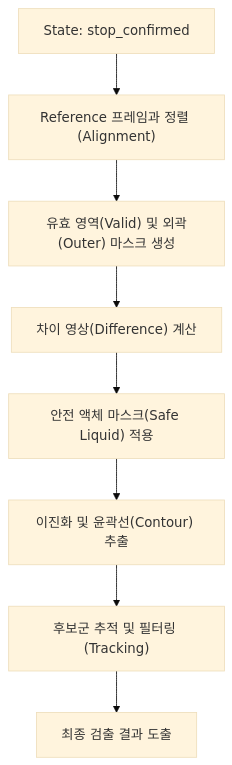
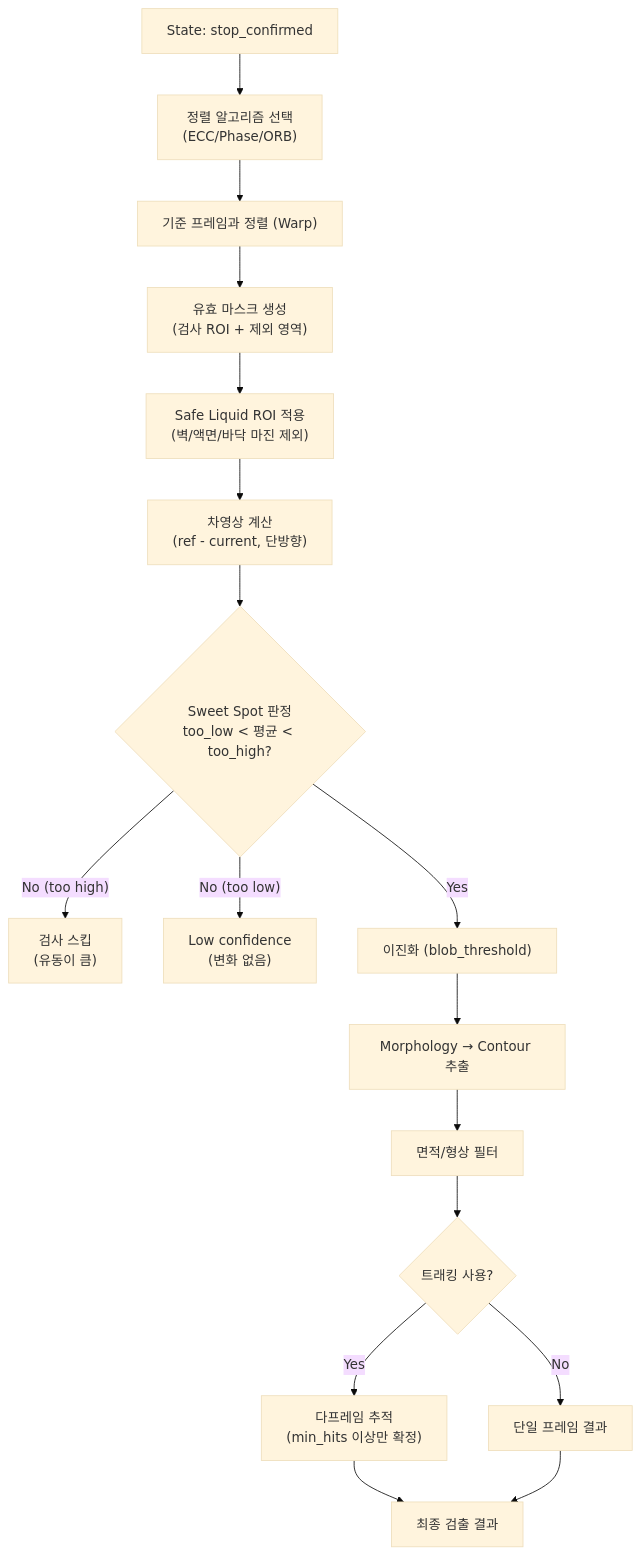
The second of 3 diagrams in ForeignBody Insp/Review/Main_Window_UI_Description.md (IshNar/ObsidianGitTest), drawn with Mermaid (base theme) before and after one commit. The commit also changed other lines of this file and 5 other files, not shown here.

````diff
--- a/ForeignBody Insp/Review/Main_Window_UI_Description.md
+++ b/ForeignBody Insp/Review/Main_Window_UI_Description.md
@@ -203,10 +214,19 @@
 ```mermaid
 graph TD
-    A["State: stop_confirmed"] --> B["Reference 프레임과 정렬 (Alignment)"]
-    B --> C["유효 영역(Valid) 및 외곽(Outer) 마스크 생성"]
-    C --> D["차이 영상(Difference) 계산"]
-    D --> E["안전 액체 마스크(Safe Liquid) 적용"]
-    E --> F["이진화 및 윤곽선(Contour) 추출"]
-    F --> G["후보군 추적 및 필터링 (Tracking)"]
-    G --> H["최종 검출 결과 도출"]
+    A["State: stop_confirmed"] --> B["정렬 알고리즘 선택<br/>(ECC/Phase/ORB)"]
+    B --> C["기준 프레임과 정렬 (Warp)"]
+    C --> D["유효 마스크 생성<br/>(검사 ROI + 제외 영역)"]
+    D --> E["Safe Liquid ROI 적용<br/>(벽/액면/바닥 마진 제외)"]
+    E --> F["차영상 계산<br/>(ref - current, 단방향)"]
+    F --> G{"Sweet Spot 판정<br/>too_low < 평균 < too_high?"}
+    G -- "No (too high)" --> H["검사 스킵<br/>(유동이 큼)"]
+    G -- "No (too low)" --> I["Low confidence<br/>(변화 없음)"]
+    G -- "Yes" --> J["이진화 (blob_threshold)"]
+    J --> K["Morphology → Contour 추출"]
+    K --> L["면적/형상 필터"]
+    L --> M{"트래킹 사용?"}
+    M -- Yes --> N["다프레임 추적<br/>(min_hits 이상만 확정)"]
+    M -- No --> O["단일 프레임 결과"]
+    N --> P["최종 검출 결과"]
+    O --> P
 ```
````
